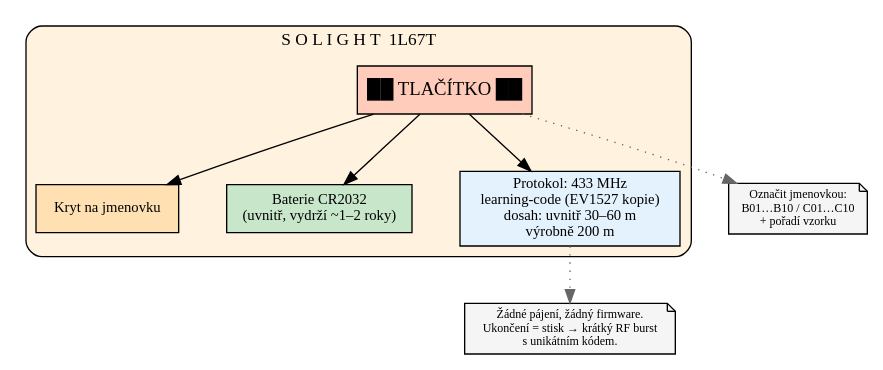
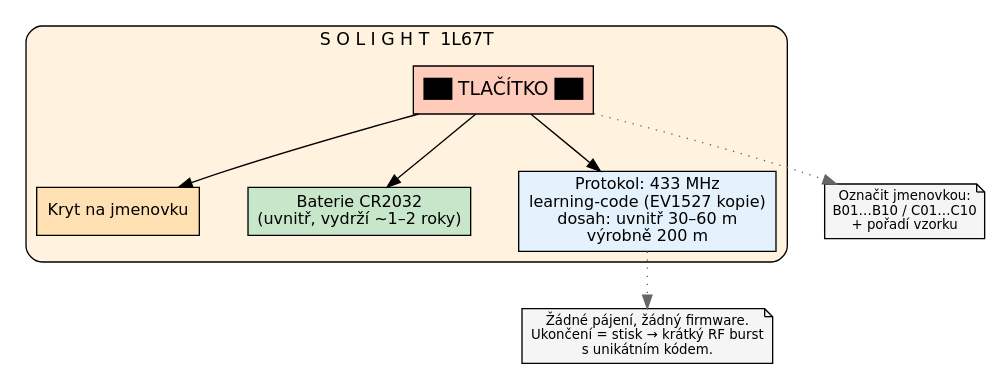
Before and after one commit to K0F/1938_ABC: the diagram in docs/dot/sch_07_solight.dot, drawn with Graphviz. The commit also changed 20 other files, not shown here.

First line of the commit message:
docs: fix PDF rendering, readable diagram fonts, own PSU per box

```diff
--- a/docs/dot/sch_07_solight.dot
+++ b/docs/dot/sch_07_solight.dot
@@ -1,28 +1,28 @@
 // SCH §5.1 — Solight 1L67T (bezdrátové tlačítko)
 digraph G {
-    graph [fontname="Terminus" rankdir=TB bgcolor="white" nodesep=0.5 ranksep=0.6];
-node [fontname="Terminus" fontsize=11 style="filled"];
-edge [fontname="Terminus" fontsize=9];
+    graph [fontname="DejaVu Sans" rankdir=TB bgcolor="white" nodesep=0.5 ranksep=0.6];
+node [fontname="DejaVu Sans" fontsize=12 style="filled"];
+edge [fontname="DejaVu Sans" fontsize=10];
 
 subgraph cluster_solight {
     label="S O L I G H T  1L67T";
     style="filled,rounded";
     fillcolor="#fff3e0";
     fontsize=13;
-    fontname="Terminus";
+    fontname="DejaVu Sans";
 
     btn [label="██ TLAČÍTKO ██" shape=box style="filled" fillcolor="#ffccbc" fontsize=14];
     info [label="Kryt na jmenovku" shape=box fillcolor="#ffe0b2"];
     batt [label="Baterie CR2032\n(uvnitř, vydrží ~1–2 roky)" shape=box fillcolor="#c8e6c9"];
     proto [label="Protokol: 433 MHz\nlearning-code (EV1527 kopie)\ndosah: uvnitř 30–60 m\nvýrobně 200 m" shape=box fillcolor="#e3f2fd"];
 }
 
-note [label="Žádné pájení, žádný firmware.\nUkončení = stisk → krátký RF burst\ns unikátním kódem." shape=note fillcolor="#f5f5f5" fontsize=9];
-oznaceni [label="Označit jmenovkou:\nB01…B10 / C01…C10\n+ pořadí vzorku" shape=note fillcolor="#f5f5f5" fontsize=9];
+note [label="Žádné pájení, žádný firmware.\nUkončení = stisk → krátký RF burst\ns unikátním kódem." shape=note fillcolor="#f5f5f5" fontsize=10];
+oznaceni [label="Označit jmenovkou:\nB01…B10 / C01…C10\n+ pořadí vzorku" shape=note fillcolor="#f5f5f5" fontsize=10];
 
 btn -> batt;
 btn -> info;
 btn -> proto;
 proto -> note [style=dotted color="#666666"];
 btn -> oznaceni [style=dotted color="#666666"];
 }
```
